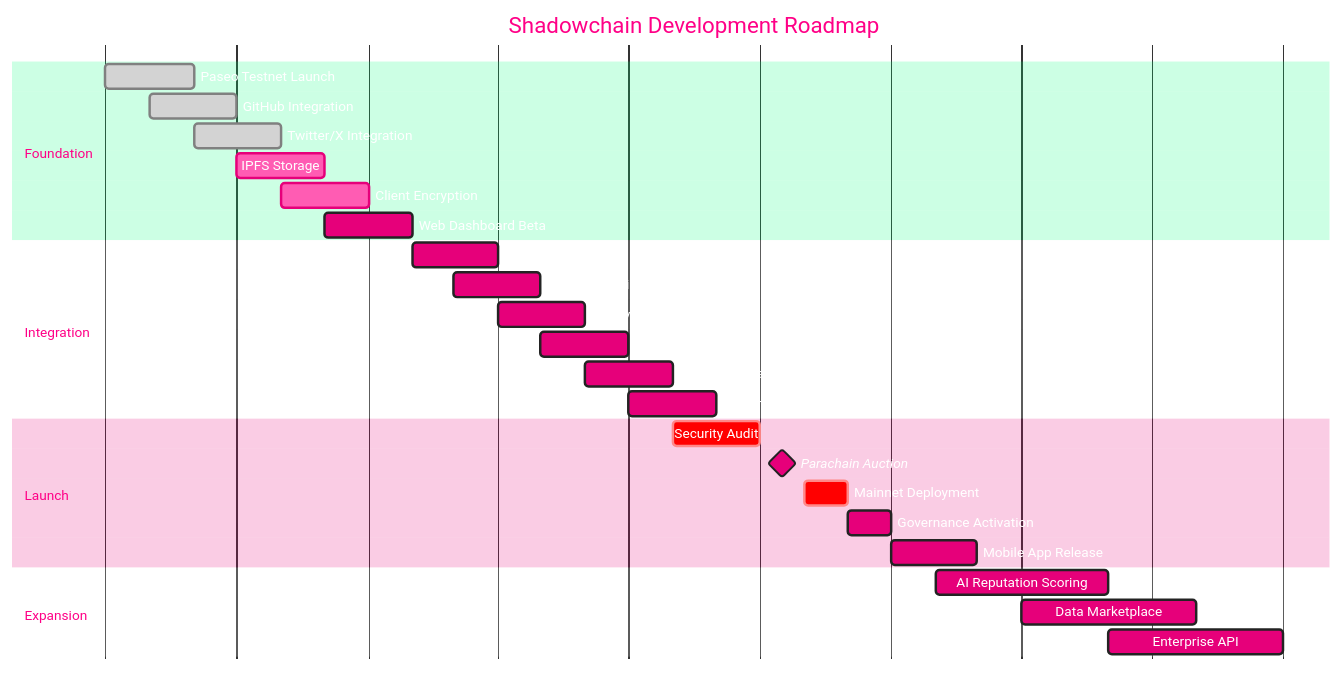
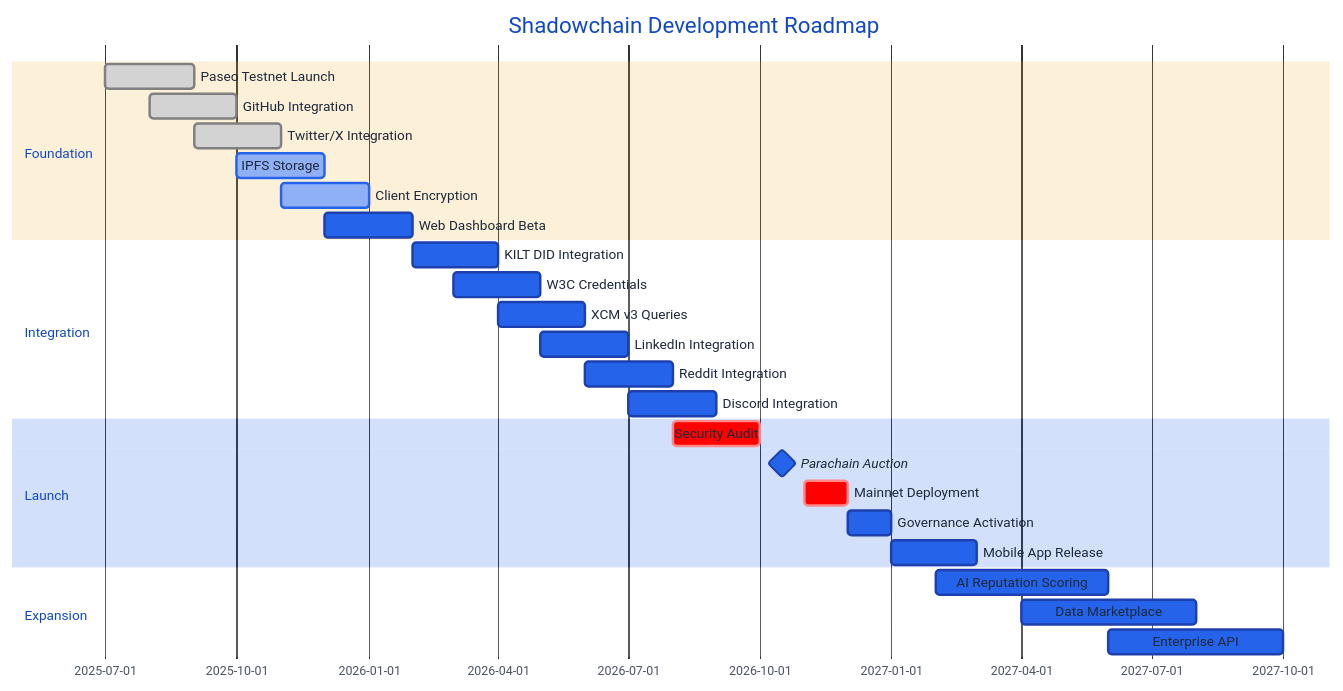
The third of 4 diagrams in README.md (tufstraka/shadowchain), drawn with Mermaid before and after one commit. The commit also changed other lines of this file, not shown here.

Commit message:
Update diagrams with neutral, high-contrast color scheme

````diff
--- a/README.md
+++ b/README.md
@@ -320,33 +322,33 @@
 ```mermaid
-%%{init: {'theme':'base', 'themeVariables': { 'primaryColor':'#E6007A','primaryTextColor':'#fff','primaryBorderColor':'#232323','lineColor':'#65C2CB'}}}%%
+%%{init: {'theme':'base', 'themeVariables': { 'primaryColor':'#2563eb','primaryTextColor':'#fff','primaryBorderColor':'#1e40af','crit0':'#dc2626','crit1':'#b91c1c','crit2':'#991b1b','done0':'#16a34a','done1':'#15803d','done2':'#166534','active0':'#0ea5e9','active1':'#0284c7','active2':'#0369a1','grid':'#e2e8f0','textColor':'#1e293b','fontSize':'13px'}}}%%
 gantt
     title Shadowchain Development Roadmap
     dateFormat YYYY-MM
     section Foundation
     Paseo Testnet Launch           :done, 2025-07, 2025-09
     GitHub Integration             :done, 2025-08, 2025-10
     Twitter/X Integration          :done, 2025-09, 2025-11
     IPFS Storage                   :active, 2025-10, 2025-12
     Client Encryption              :active, 2025-11, 2026-01
     Web Dashboard Beta             :2025-12, 2026-02
     
     section Integration
     KILT DID Integration           :2026-02, 2026-04
     W3C Credentials                :2026-03, 2026-05
     XCM v3 Queries                 :2026-04, 2026-06
     LinkedIn Integration           :2026-05, 2026-07
     Reddit Integration             :2026-06, 2026-08
     Discord Integration            :2026-07, 2026-09
     
     section Launch
     Security Audit                 :crit, 2026-08, 2026-10
     Parachain Auction              :milestone, 2026-10, 2026-11
     Mainnet Deployment             :crit, 2026-11, 2026-12
     Governance Activation          :2026-12, 2027-01
     Mobile App Release             :2027-01, 2027-03
     
     section Expansion
     AI Reputation Scoring          :2027-02, 2027-06
     Data Marketplace               :2027-04, 2027-08
     Enterprise API                 :2027-06, 2027-10
 ```
````
